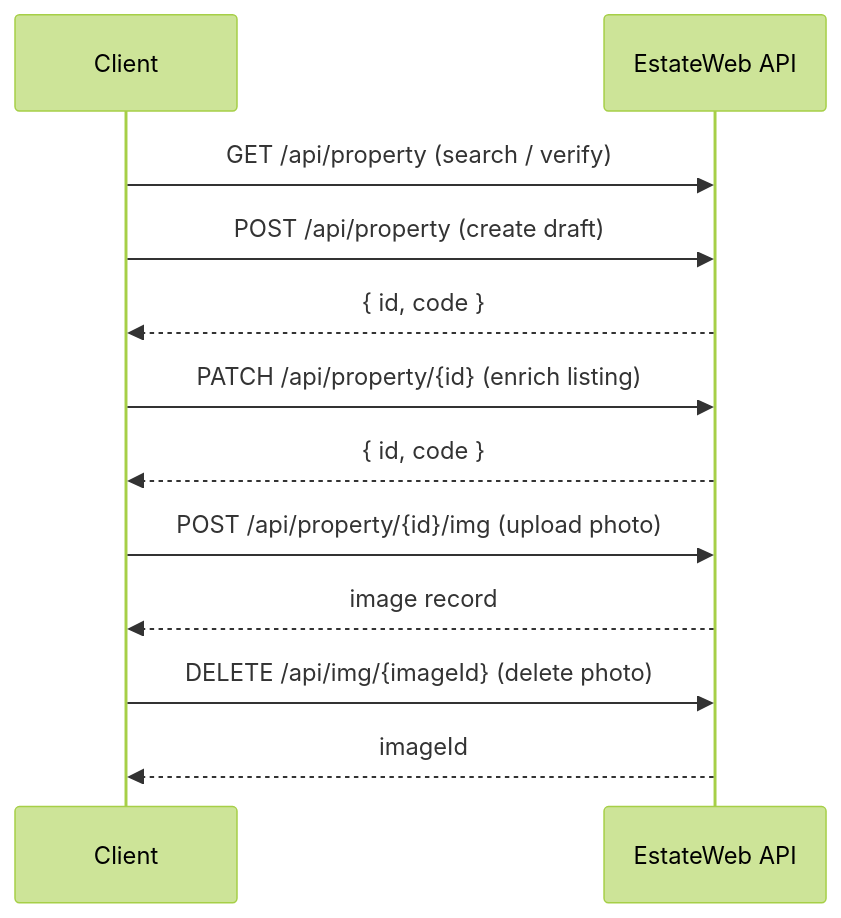
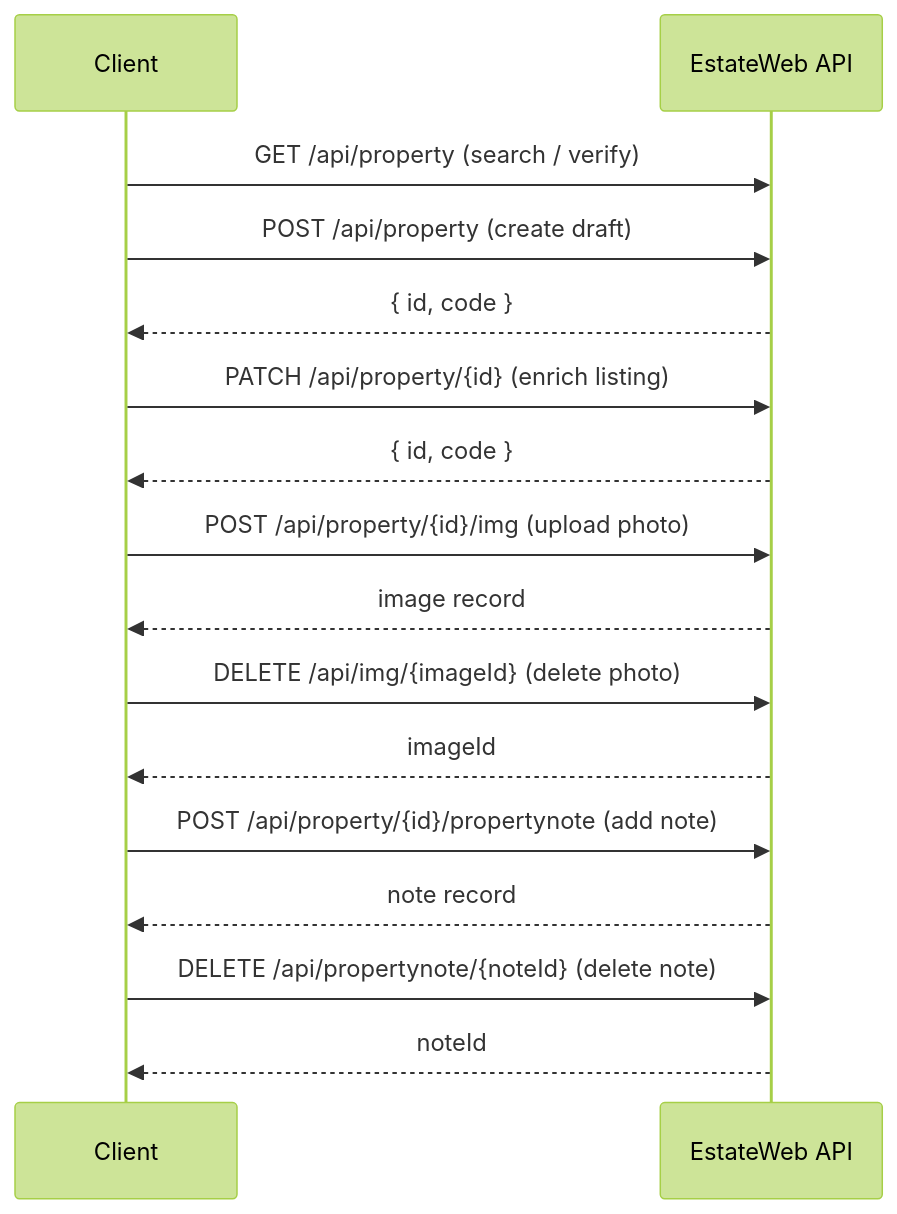
The diagram in scripts/api-generator/logs.md (logiqdevai/property-sync), drawn with Mermaid (forest theme) before and after one commit. The commit also changed other lines of this file and 10 other files, not shown here.

````diff
--- a/scripts/api-generator/logs.md
+++ b/scripts/api-generator/logs.md
@@ -58,15 +58,19 @@
 ```mermaid
 sequenceDiagram
     participant Client
     participant API as EstateWeb API
 
     Client->>API: GET /api/property (search / verify)
     Client->>API: POST /api/property (create draft)
     API-->>Client: { id, code }
     Client->>API: PATCH /api/property/{id} (enrich listing)
     API-->>Client: { id, code }
     Client->>API: POST /api/property/{id}/img (upload photo)
     API-->>Client: image record
     Client->>API: DELETE /api/img/{imageId} (delete photo)
     API-->>Client: imageId
+    Client->>API: POST /api/property/{id}/propertynote (add note)
+    API-->>Client: note record
+    Client->>API: DELETE /api/propertynote/{noteId} (delete note)
+    API-->>Client: noteId
 ```
````
